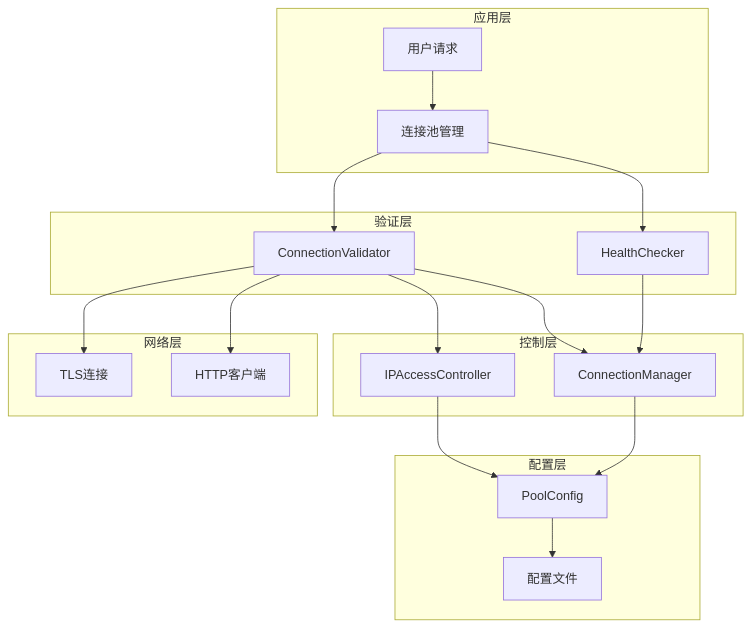
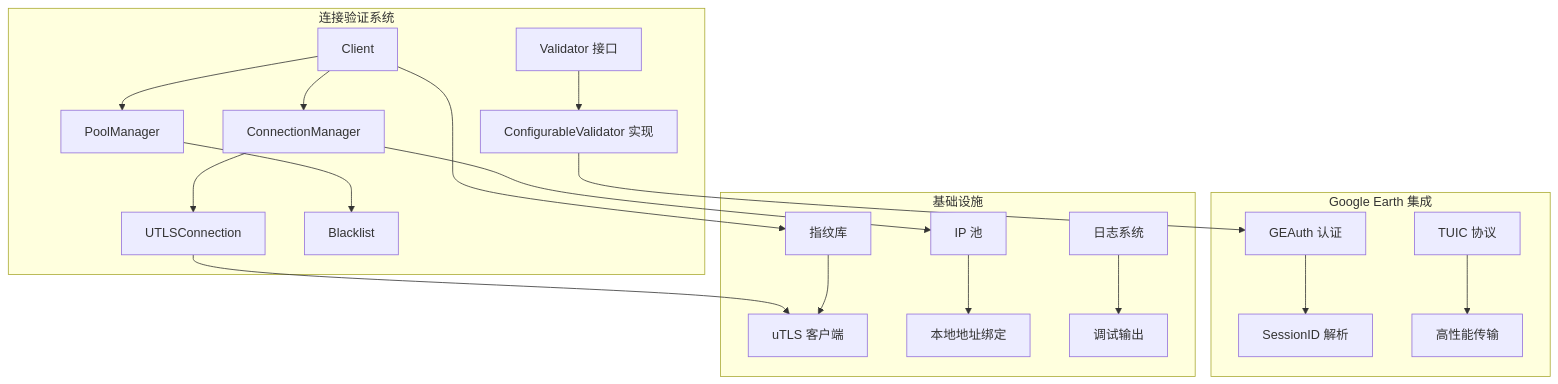
The first of 9 diagrams in .qoder/repowiki/zh/content/核心功能/热连接池/连接验证/连接验证.md (vistone/crawler-platform), drawn with Mermaid before and after one commit. The commit also changed other lines of this file and 40 other files, not shown here.

````diff
--- a/.qoder/repowiki/zh/content/核心功能/热连接池/连接验证/连接验证.md
+++ b/.qoder/repowiki/zh/content/核心功能/热连接池/连接验证/连接验证.md
@@ -159,34 +36,23 @@
 ```mermaid
 graph TB
-subgraph "应用层"
-A[用户请求]
-B[连接池管理]
+subgraph "连接验证系统"
+A[Validator 接口] --> B[ConfigurableValidator 实现]
+C[ConnectionManager] --> D[UTLSConnection]
+E[PoolManager] --> F[Blacklist]
+G[Client] --> C
+G --> E
 end
-subgraph "验证层"
-C[ConnectionValidator]
-D[HealthChecker]
+subgraph "Google Earth 集成"
+H[GEAuth 认证] --> I[SessionID 解析]
+J[TUIC 协议] --> K[高性能传输]
 end
-subgraph "控制层"
-E[IPAccessController]
-F[ConnectionManager]
+subgraph "基础设施"
+L[指纹库] --> M[uTLS 客户端]
+N[IP 池] --> O[本地地址绑定]
+P[日志系统] --> Q[调试输出]
 end
-subgraph "配置层"
-G[PoolConfig]
-H[配置文件]
-end
-subgraph "网络层"
-I[TLS连接]
-J[HTTP客户端]
-end
-A --> B
-B --> C
-B --> D
-C --> E
-C --> F
-D --> F
-E --> G
-F --> G
-C --> I
-C --> J
-G --> H
+B --> H
+D --> M
+C --> N
+G --> L
 ```
````
